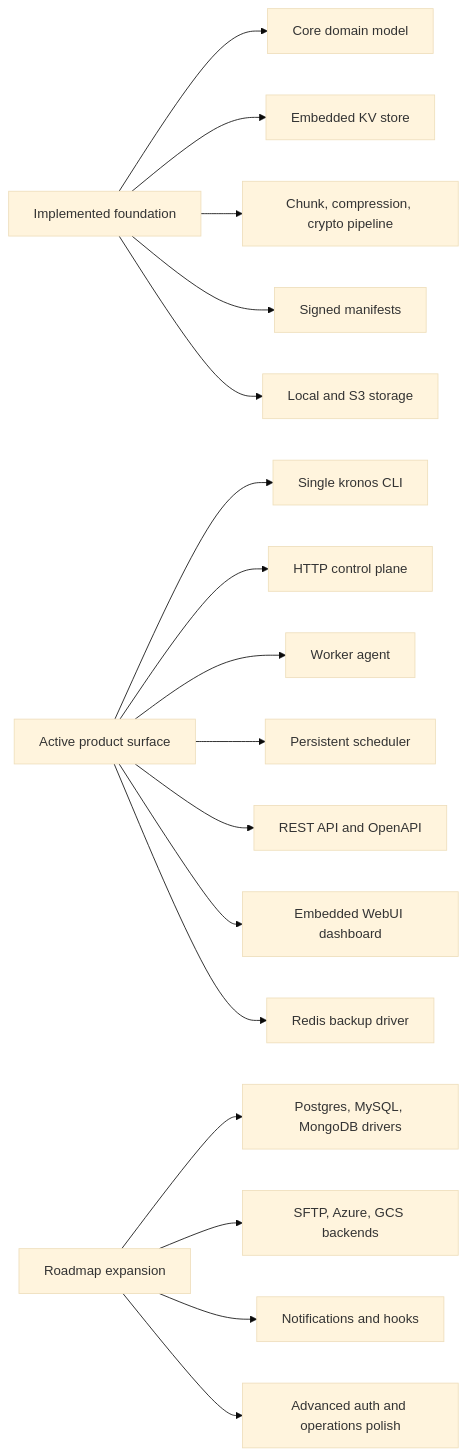
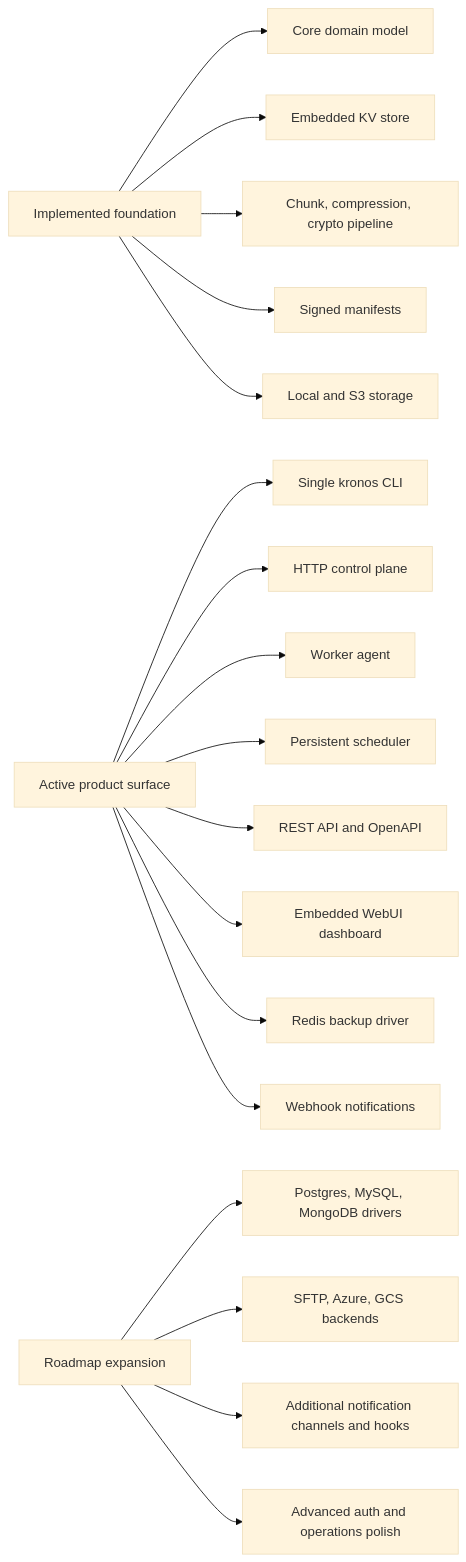
The first of 17 diagrams in ARCHITECTURE.md (ersinkoc/Kronos), drawn with Mermaid (base theme) before and after one commit. The commit also changed other lines of this file and 10 other files, not shown here.

Commit message:
add webhook job notifications

````diff
--- a/ARCHITECTURE.md
+++ b/ARCHITECTURE.md
@@ -27,25 +27,26 @@
 ```mermaid
 flowchart LR
     done[Implemented foundation]
     active[Active product surface]
     next[Roadmap expansion]
 
     done --> core[Core domain model]
     done --> kv[Embedded KV store]
     done --> chunk[Chunk, compression, crypto pipeline]
     done --> manifest[Signed manifests]
     done --> storage[Local and S3 storage]
 
     active --> cli[Single kronos CLI]
     active --> server[HTTP control plane]
     active --> agent[Worker agent]
     active --> scheduler[Persistent scheduler]
     active --> api[REST API and OpenAPI]
     active --> webui[Embedded WebUI dashboard]
     active --> redis[Redis backup driver]
 
     next --> drivers[Postgres, MySQL, MongoDB drivers]
     next --> storageMore[SFTP, Azure, GCS backends]
-    next --> notify[Notifications and hooks]
+    active --> notify[Webhook notifications]
+    next --> hooks[Additional notification channels and hooks]
     next --> advanced[Advanced auth and operations polish]
 ```
````
